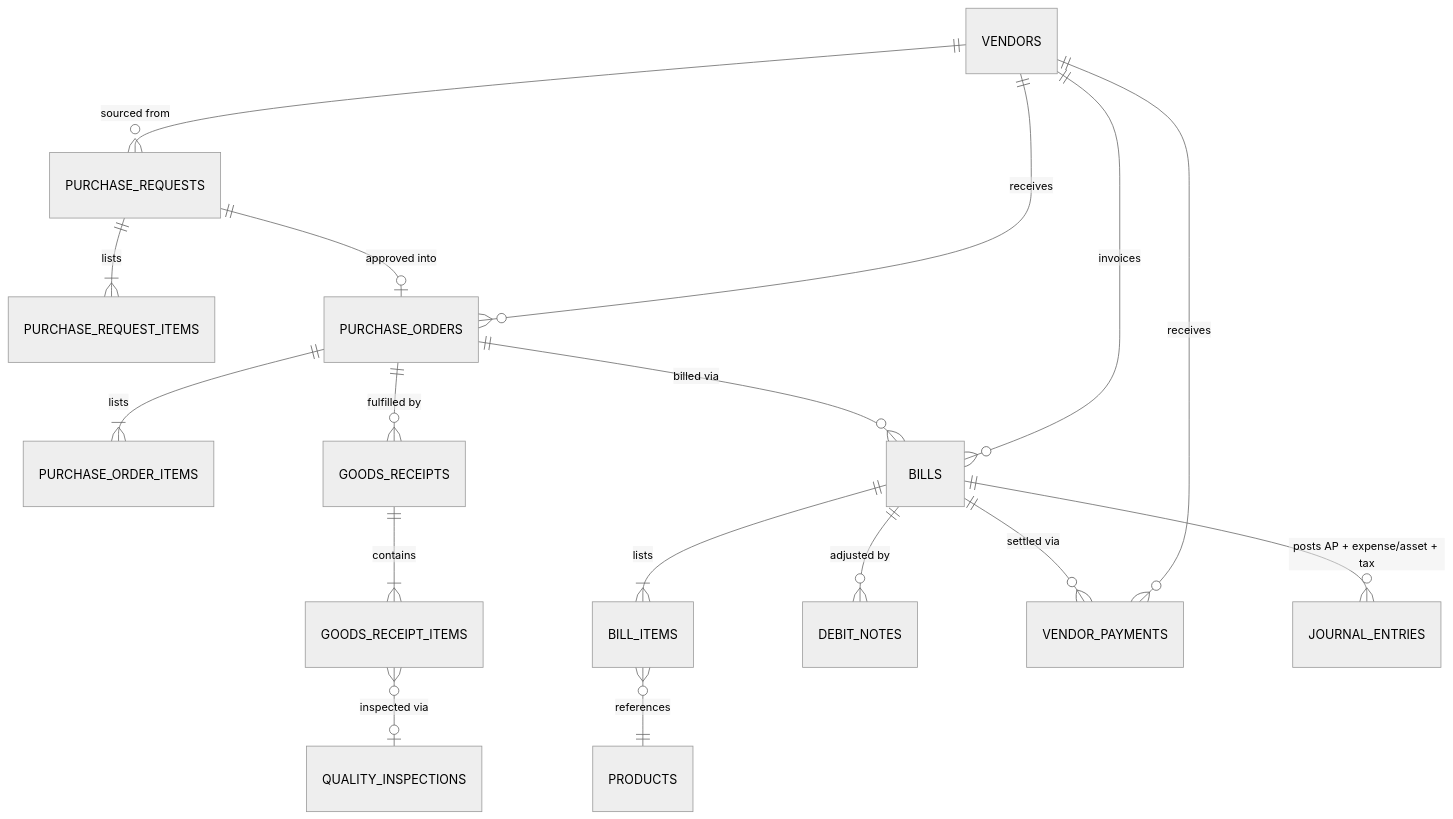
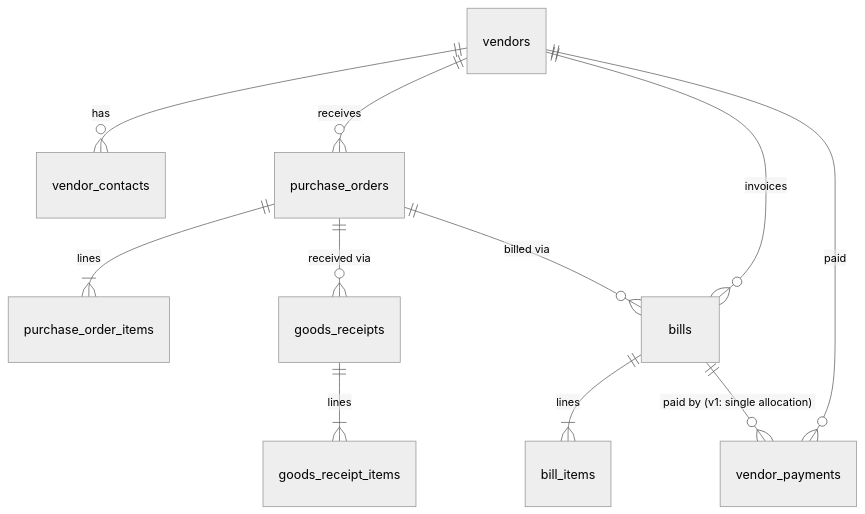
Before and after one commit to alievin0/QAYD: the seventh of 17 diagrams in docs/database/ERD.md, drawn with Mermaid (neutral theme). The commit also changed other lines of this file and 8 other files, not shown here.

````diff
--- a/docs/database/ERD.md
+++ b/docs/database/ERD.md
@@ -481,19 +2458,13 @@
 ```mermaid
 erDiagram
-    VENDORS ||--o{ PURCHASE_REQUESTS : "sourced from"
-    PURCHASE_REQUESTS ||--|{ PURCHASE_REQUEST_ITEMS : "lists"
-    PURCHASE_REQUESTS ||--o| PURCHASE_ORDERS : "approved into"
-    VENDORS ||--o{ PURCHASE_ORDERS : "receives"
-    PURCHASE_ORDERS ||--|{ PURCHASE_ORDER_ITEMS : "lists"
-    PURCHASE_ORDERS ||--o{ GOODS_RECEIPTS : "fulfilled by"
-    GOODS_RECEIPTS ||--|{ GOODS_RECEIPT_ITEMS : "contains"
-    GOODS_RECEIPT_ITEMS }o--o| QUALITY_INSPECTIONS : "inspected via"
-    PURCHASE_ORDERS ||--o{ BILLS : "billed via"
-    VENDORS ||--o{ BILLS : "invoices"
-    BILLS ||--|{ BILL_ITEMS : "lists"
-    BILL_ITEMS }o--|| PRODUCTS : "references"
-    BILLS ||--o{ DEBIT_NOTES : "adjusted by"
-    BILLS ||--o{ VENDOR_PAYMENTS : "settled via"
-    VENDORS ||--o{ VENDOR_PAYMENTS : "receives"
-    BILLS ||--o{ JOURNAL_ENTRIES : "posts AP + expense/asset + tax"
+    vendors ||--o{ vendor_contacts : "has"
+    vendors ||--o{ purchase_orders : "receives"
+    vendors ||--o{ bills : "invoices"
+    vendors ||--o{ vendor_payments : "paid"
+    purchase_orders ||--|{ purchase_order_items : "lines"
+    purchase_orders ||--o{ goods_receipts : "received via"
+    goods_receipts ||--|{ goods_receipt_items : "lines"
+    purchase_orders ||--o{ bills : "billed via"
+    bills ||--|{ bill_items : "lines"
+    bills ||--o{ vendor_payments : "paid by (v1: single allocation)"
 ```
````
